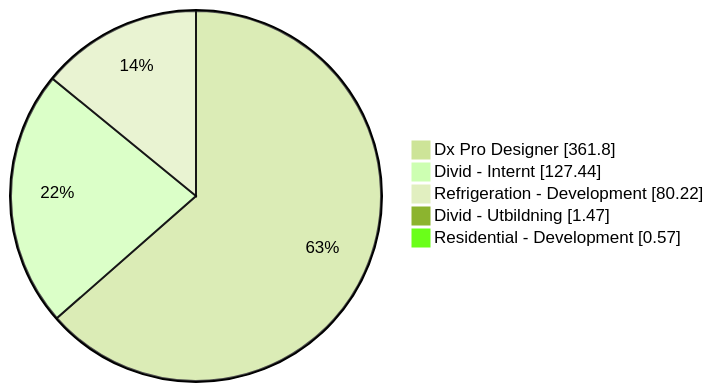
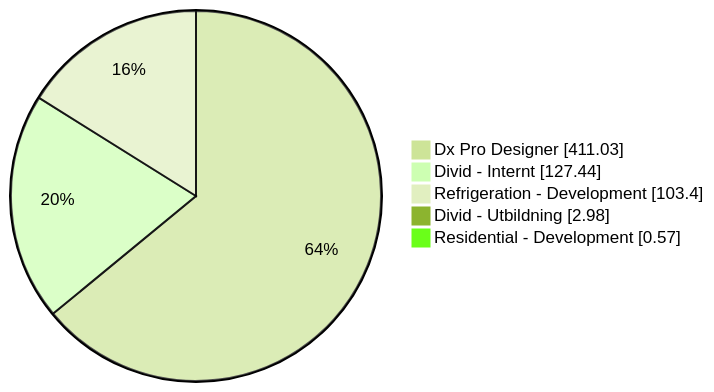
Before and after one commit to albinforsberg-netizen/timeclock: the first of 5 diagrams in README.org, drawn with Mermaid (forest theme). The commit also changed other lines of this file, not shown here.

```diff
--- a/README.org
+++ b/README.org
@@ -32,8 +32,8 @@
 #+begin_src mermaid
 pie showData
-    "Dx Pro Designer" : 361.80
+    "Dx Pro Designer" : 411.03
     "Divid - Internt" : 127.44
-    "Refrigeration - Development" : 80.22
-    "Divid - Utbildning" : 1.47
+    "Refrigeration - Development" : 103.40
+    "Divid - Utbildning" : 2.98
     "Residential - Development" : 0.57
 #+end_src
```
